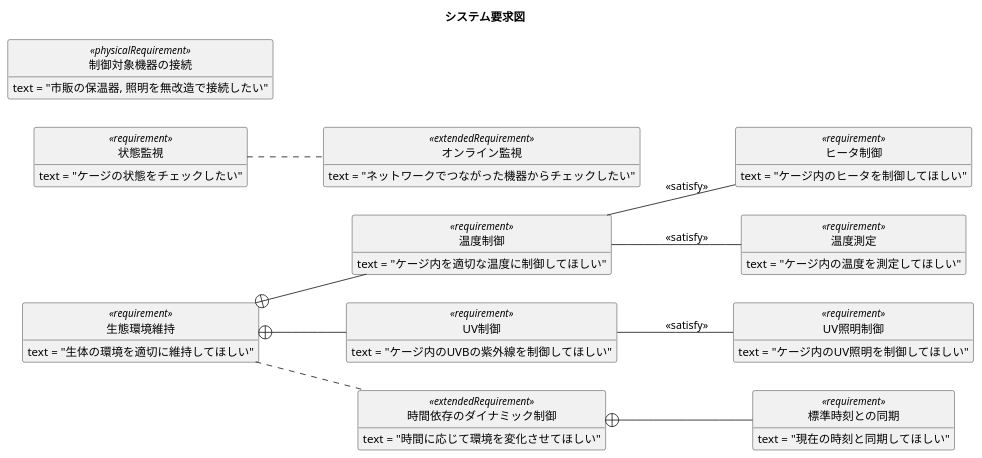
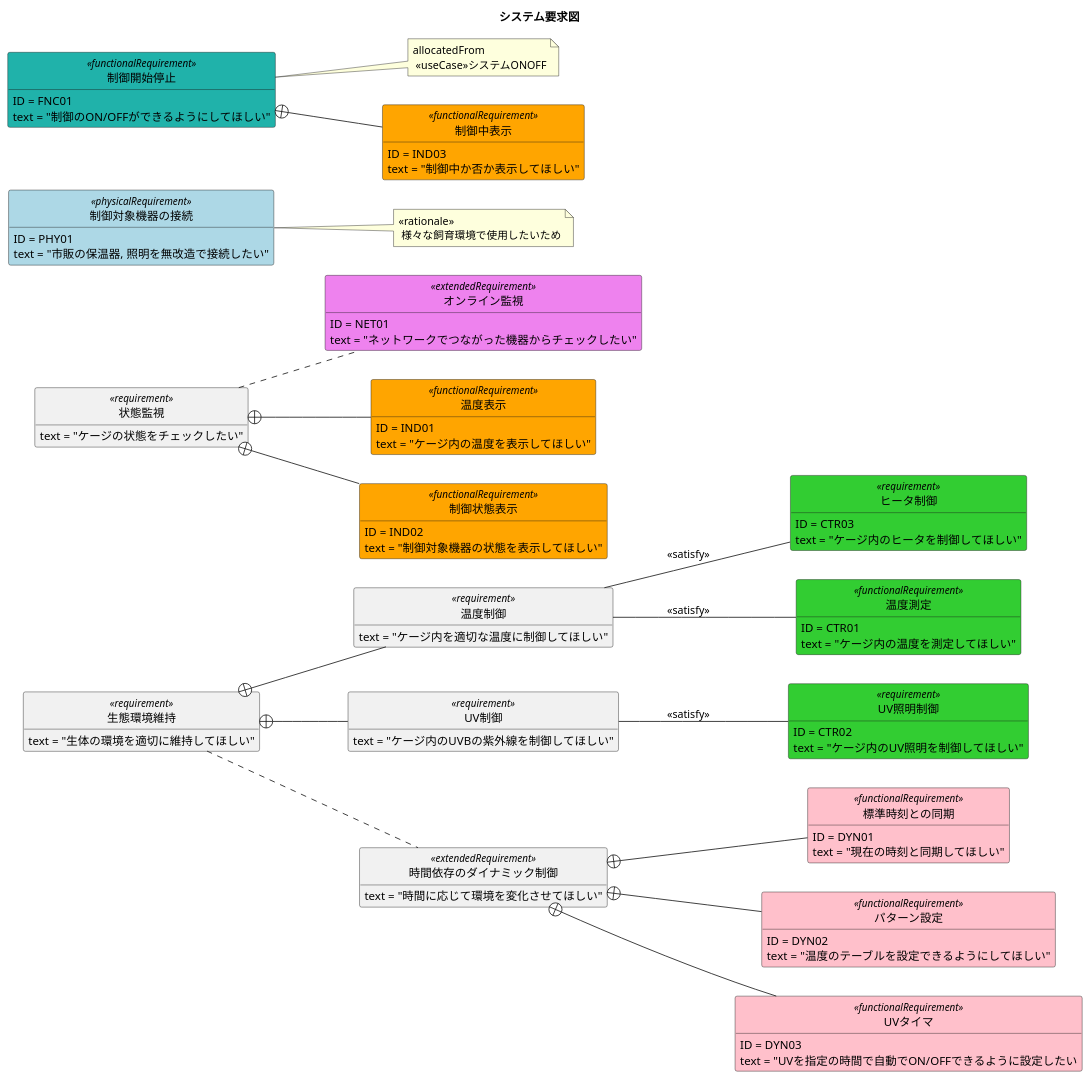
Before and after one commit to ShujiMikami/RenjiSystemProject: the diagram in RequirementsAndSpecs/RequirementDiagram/RequirementsDiagram.plantuml, drawn with PlantUML.

Commit message:
Usecaseとのリンクがいまいちだがいったん完成

```diff
--- a/RequirementsAndSpecs/RequirementDiagram/RequirementsDiagram.plantuml
+++ b/RequirementsAndSpecs/RequirementDiagram/RequirementsDiagram.plantuml
@@ -1,61 +1,103 @@
 @startuml
 
 hide circle
 hide empty members
 hide method
 
 title システム要求図
 
 left to right direction
 
 class "生態環境維持" as RequirementControlEnvironment <<requirement>>{
   text = "生体の環境を適切に維持してほしい"
 }
 class "温度制御" as RequirementTemperatureControl <<requirement>>{
   text = "ケージ内を適切な温度に制御してほしい"
 }
-class "ヒータ制御" as RequirementHeaterControl <<requirement>>{
+class "ヒータ制御" as RequirementHeaterControl <<requirement>> #LimeGreen {
+  ID = CTR03
   text = "ケージ内のヒータを制御してほしい"
 }
 class "UV制御" as RequirementUVControl <<requirement>>{
   text = "ケージ内のUVBの紫外線を制御してほしい"
 }
-class "UV照明制御" as RequirementUVlightControl <<requirement>>{
+class "UV照明制御" as RequirementUVlightControl <<requirement>> #LimeGreen {
+  ID = CTR02
   text = "ケージ内のUV照明を制御してほしい"
 }
 
 class "状態監視" as RequirementCheckEnvironment <<requirement>>{
   text = "ケージの状態をチェックしたい"
 }
-class "制御対象機器の接続" as RequirementThermoPeripheralConnection<<physicalRequirement>>{
+class "制御対象機器の接続" as RequirementThermoPeripheralConnection<<physicalRequirement>> #LightBlue {
+  ID = PHY01
   text = "市販の保温器, 照明を無改造で接続したい"
 }
+note right of RequirementThermoPeripheralConnection : <<rationale>>\n 様々な飼育環境で使用したいため
 
 class "時間依存のダイナミック制御" as RequirementEnvironmentDinamicControl<<extendedRequirement>>{
   text = "時間に応じて環境を変化させてほしい"
 }
 
-class "標準時刻との同期" as RequirementAbsoluteTime<<requirement>>{
+class "標準時刻との同期" as RequirementAbsoluteTime<<functionalRequirement>> #Pink {
+  ID = DYN01
   text = "現在の時刻と同期してほしい"
 }
 
-class "オンライン監視" as RequirementCheckEnvironmentOnline<<extendedRequirement>>{
+class "パターン設定" as RequirementPatternSetting<<functionalRequirement>> #Pink {
+  ID = DYN02
+  text = "温度のテーブルを設定できるようにしてほしい"
+}
+class "UVタイマ" as RequirementUVTimer<<functionalRequirement>> #Pink {
+  ID = DYN03
+  text = "UVを指定の時間で自動でON/OFFできるように設定したい
+}
+
+class "オンライン監視" as RequirementCheckEnvironmentOnline<<extendedRequirement>> #Violet {
+  ID = NET01
   text = "ネットワークでつながった機器からチェックしたい"
 }
 
-class "温度測定" as RequirementMeasureTemperature<<requirement>>{
+class "温度測定" as RequirementMeasureTemperature<<functionalRequirement>> #LimeGreen {
+  ID = CTR01
   text = "ケージ内の温度を測定してほしい"
+}
+
+class "温度表示" as RequirementIndicateTemperature<<functionalRequirement>> #Orange {
+  ID = IND01
+  text = "ケージ内の温度を表示してほしい"
+}
+class "制御状態表示" as RequirementIndicateControlStatus<<functionalRequirement>> #Orange {
+  ID = IND02
+  text = "制御対象機器の状態を表示してほしい"
+}
+
+class "制御開始停止" as RequirementControlEnableDisable<<functionalRequirement>> #LightSeaGreen {
+  ID = FNC01
+  text = "制御のON/OFFができるようにしてほしい"
+}
+note right of RequirementControlEnableDisable : allocatedFrom\n <<useCase>>システムONOFF
+
+class "制御中表示" as RequirementIndicateControlEnabled<<functionalRequirement>> #Orange {
+  ID = IND03
+  text = "制御中か否か表示してほしい"
 }
 
 RequirementControlEnvironment +-- RequirementUVControl
 RequirementControlEnvironment +-- RequirementTemperatureControl
 RequirementControlEnvironment .. RequirementEnvironmentDinamicControl
 RequirementTemperatureControl -- RequirementHeaterControl : <<satisfy>>
 RequirementUVControl -- RequirementUVlightControl : <<satisfy>>
 
 RequirementEnvironmentDinamicControl +-- RequirementAbsoluteTime
 
 RequirementCheckEnvironment .. RequirementCheckEnvironmentOnline
 RequirementTemperatureControl -- RequirementMeasureTemperature : <<satisfy>>
+RequirementEnvironmentDinamicControl +-- RequirementPatternSetting
+RequirementEnvironmentDinamicControl +-- RequirementUVTimer
 
+RequirementCheckEnvironment +-- RequirementIndicateTemperature
+RequirementCheckEnvironment +-- RequirementIndicateControlStatus
+
+RequirementControlEnableDisable +-- RequirementIndicateControlEnabled
 @enduml
```
